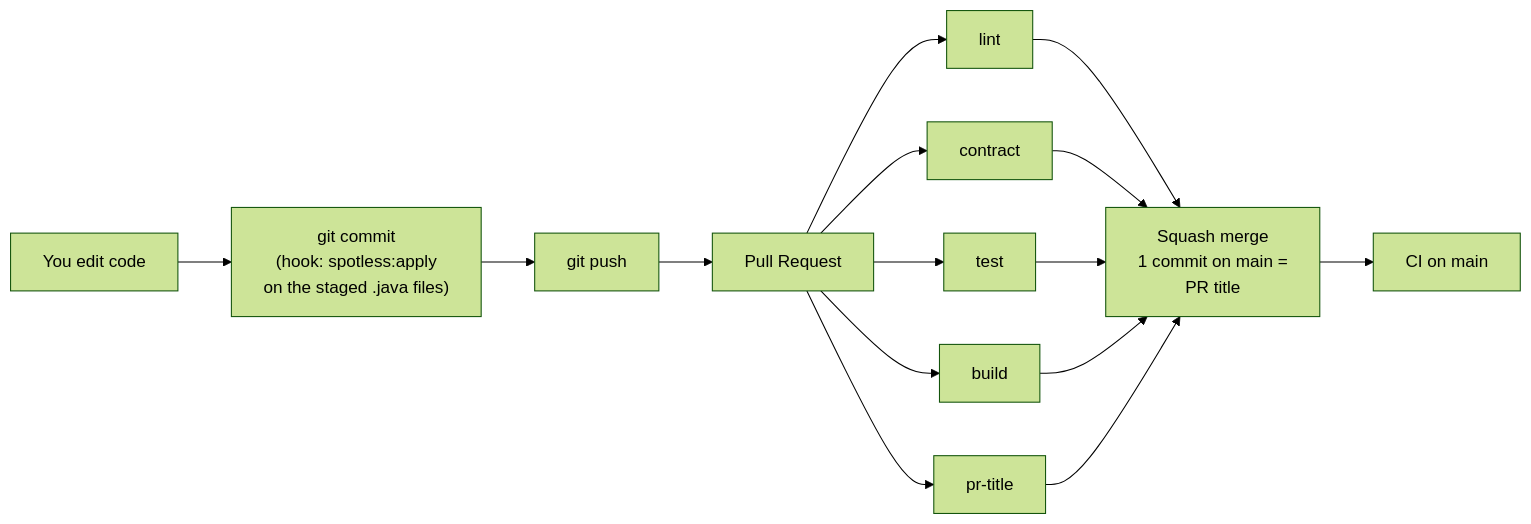
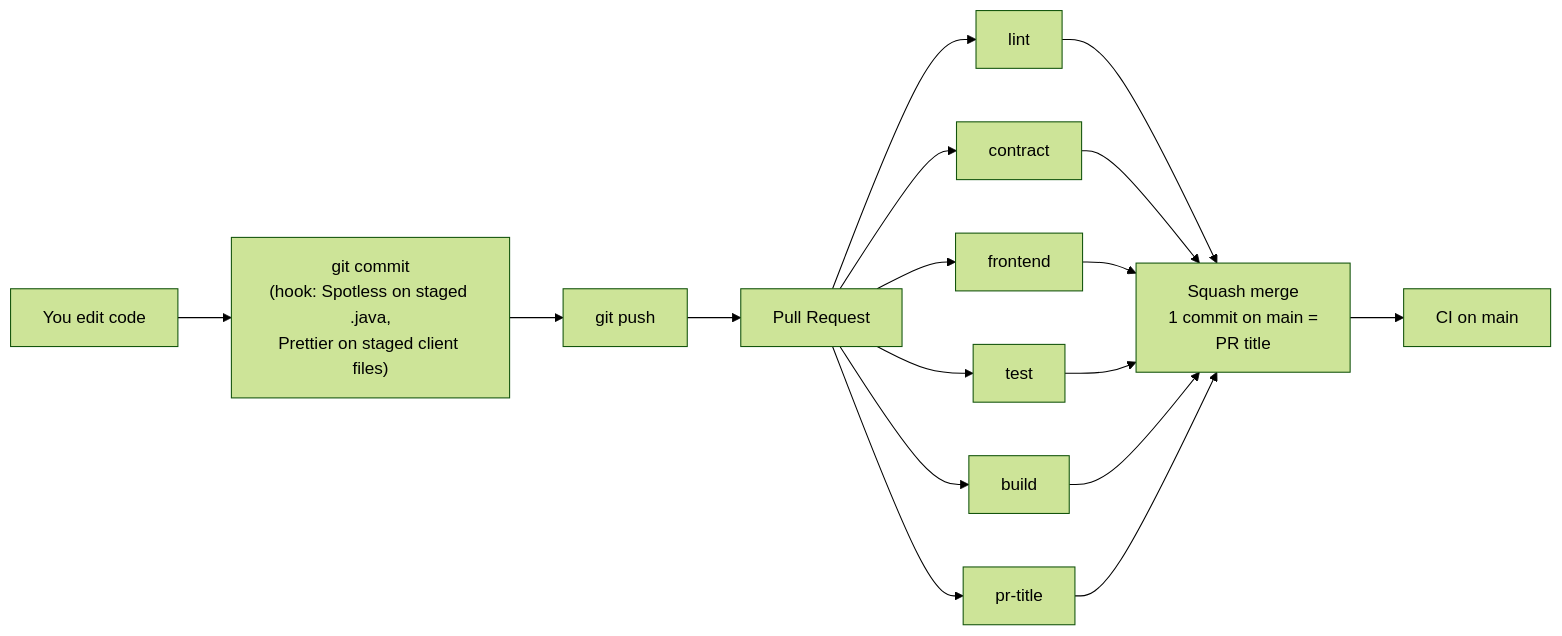
Before and after one commit to Dalibex/urban-incidence-manager: the diagram in docs/ci.md, drawn with Mermaid (forest theme). The commit also changed other lines of this file and 1 other file, not shown here.

First line of the commit message:
docs(ci): document the frontend job and the client checks

````diff
--- a/docs/ci.md
+++ b/docs/ci.md
@@ -18,13 +18,14 @@
 ```mermaid
 flowchart LR
-    E[You edit code] --> C["git commit<br/>(hook: spotless:apply<br/>on the staged .java files)"]
+    E[You edit code] --> C["git commit<br/>(hook: Spotless on staged .java,<br/>Prettier on staged client files)"]
     C --> P[git push]
     P --> PR[Pull Request]
     PR --> L[lint]
     PR --> K[contract]
+    PR --> F[frontend]
     PR --> T[test]
     PR --> B[build]
     PR --> N[pr-title]
-    L & K & T & B & N --> M["Squash merge<br/>1 commit on main =<br/>PR title"]
+    L & K & F & T & B & N --> M["Squash merge<br/>1 commit on main =<br/>PR title"]
     M --> CI2[CI on main]
 ```
````
